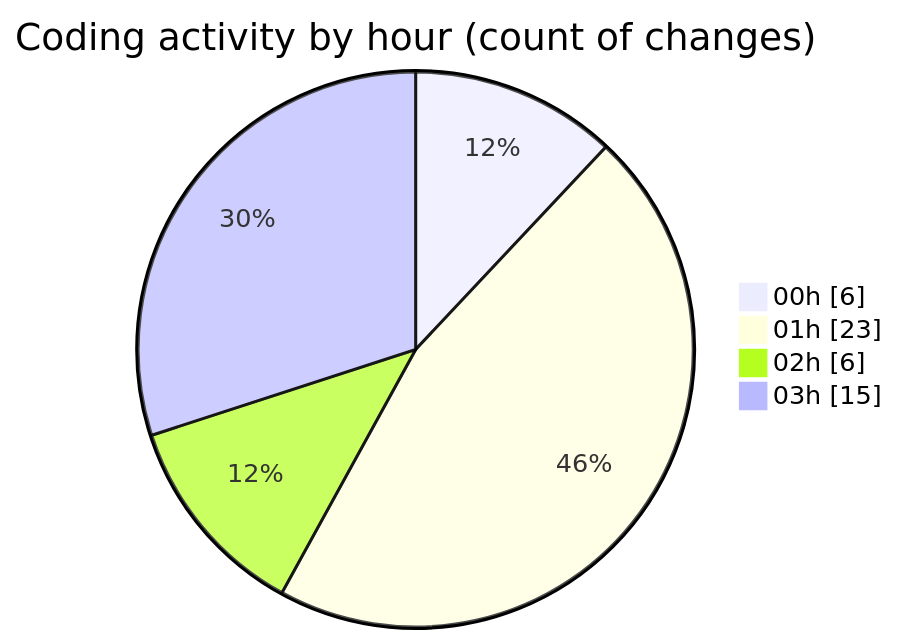
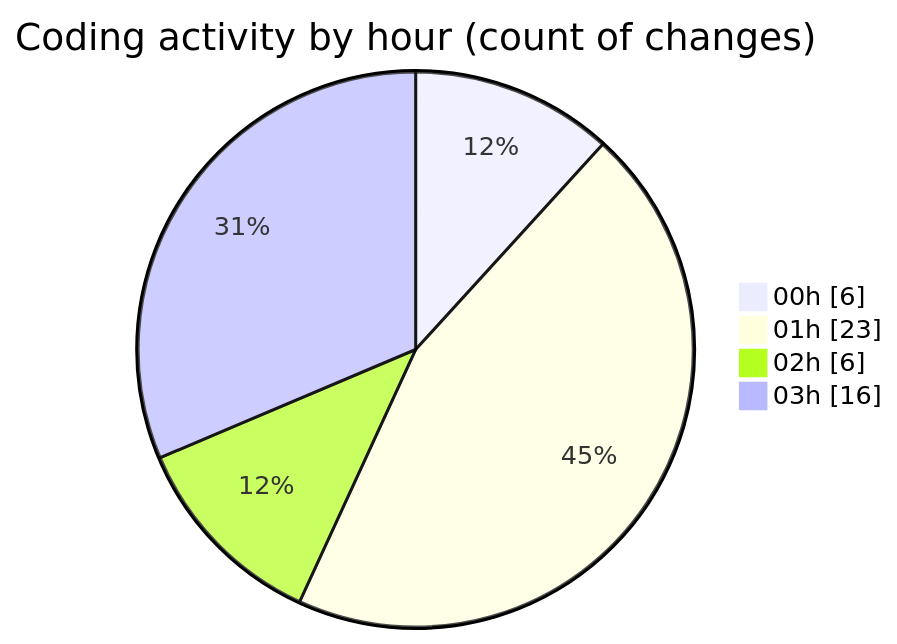
Before and after one commit to EIIisD/code-tracking: the second of 2 diagrams in 2025-07-28/refunds/README.md, drawn with Mermaid. The commit also changed other lines of this file and 1 other file, not shown here.

````diff
--- a/2025-07-28/refunds/README.md
+++ b/2025-07-28/refunds/README.md
@@ -36,8 +36,8 @@
 ```mermaid
 pie showData
 title Coding activity by hour (count of changes)
 "00h" : 6
 "01h" : 23
 "02h" : 6
-"03h" : 15
+"03h" : 16
 ```
````
